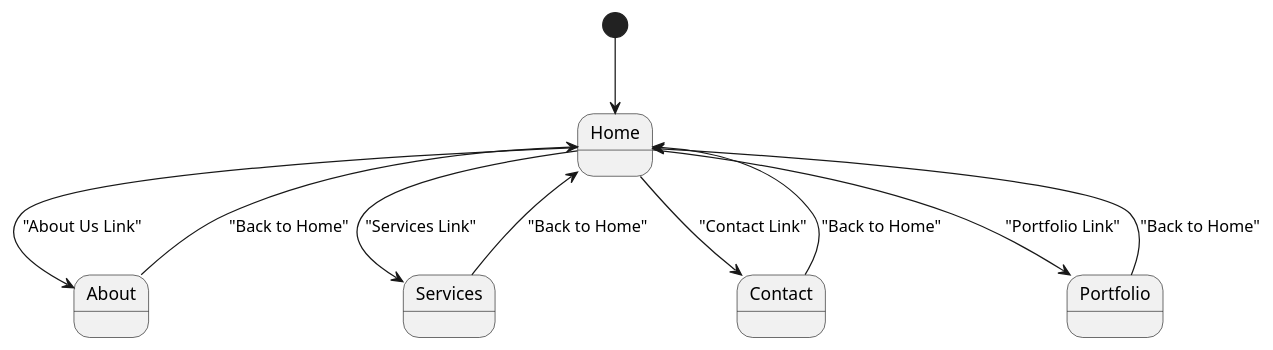
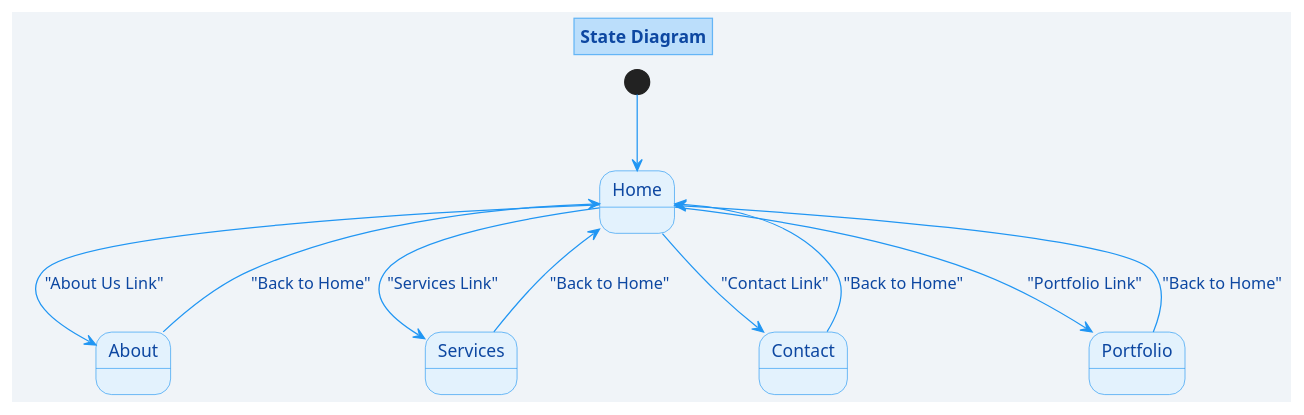
Before and after one commit to k4ilham/Unified-Modeling-Language-plantuml: the diagram in company_profile/state_diagram.md, drawn with PlantUML. The commit also changed 19 other files, not shown here.

```diff
--- a/company_profile/state_diagram.md
+++ b/company_profile/state_diagram.md
@@ -1,14 +1,40 @@
 @startuml
+title State Diagram
+
+' Define colors
+skinparam backgroundColor #F0F4F8
+
+' Define styles for states
+skinparam state {
+  BackgroundColor #E3F2FD
+  BorderColor #2196F3
+  FontColor #0D47A1
+}
+
+' Define styles for transitions
+skinparam Arrow {
+  Color #2196F3
+  FontColor #0D47A1
+}
+
+' Define styles for title
+skinparam title {
+  BackgroundColor #BBDEFB
+  BorderColor #64B5F6
+  FontColor #0D47A1
+}
+
+' Define states and transitions
 [*] --> Home
 
 Home --> About : "About Us Link"
 Home --> Services : "Services Link"
 Home --> Contact : "Contact Link"
 Home --> Portfolio : "Portfolio Link"
 
 About --> Home : "Back to Home"
 Services --> Home : "Back to Home"
 Contact --> Home : "Back to Home"
 Portfolio --> Home : "Back to Home"
 
 @enduml
```
